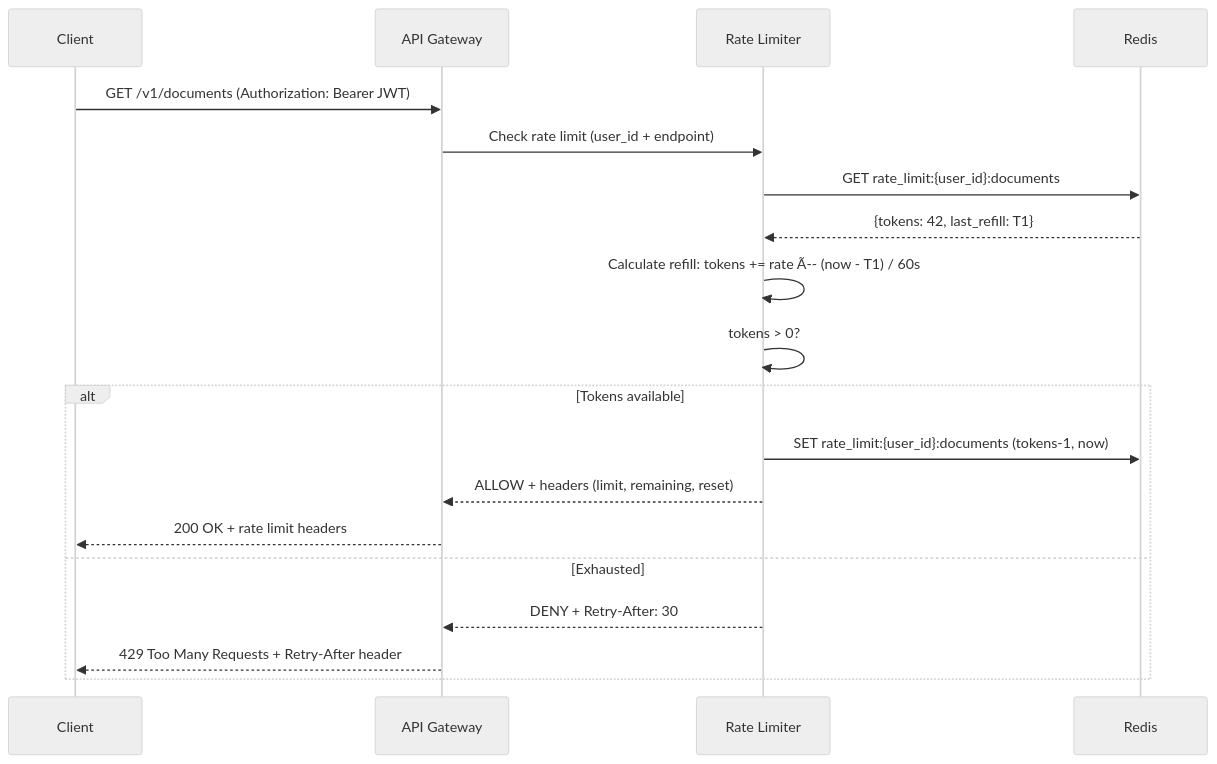
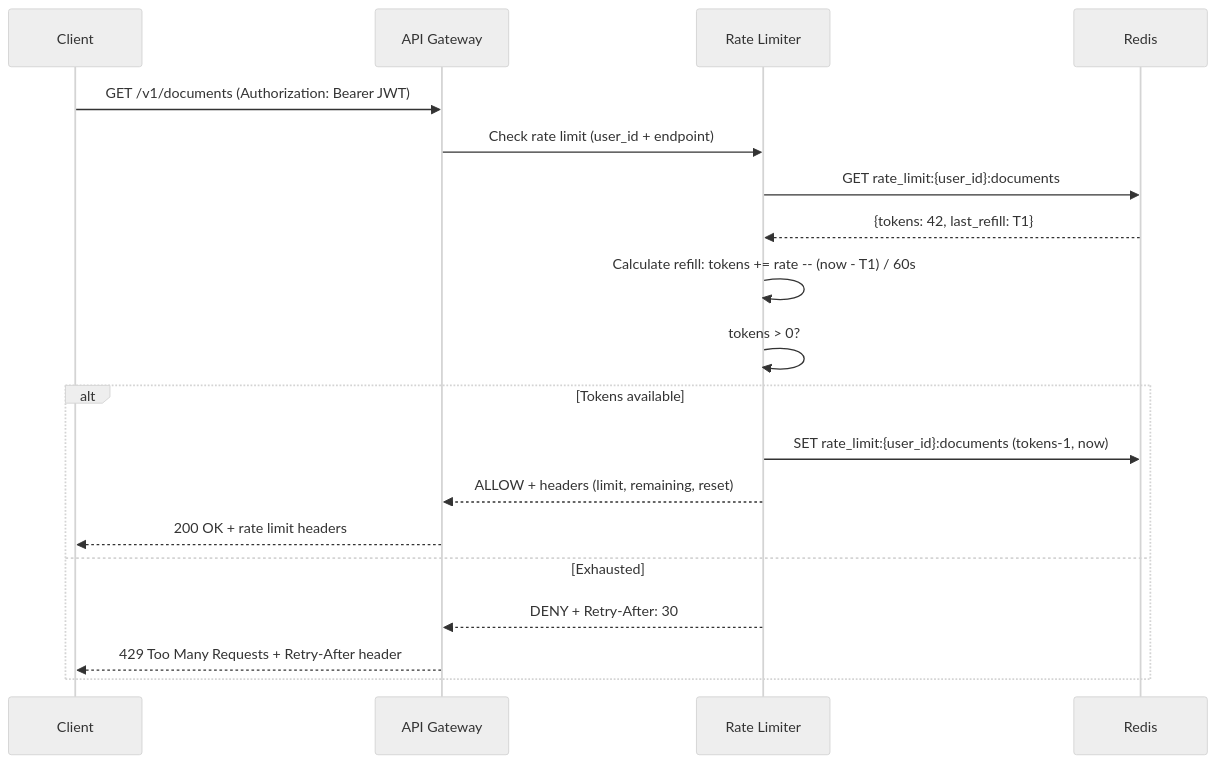
Before and after one commit to Driftloom/Vaeloom: the second of 2 diagrams in docs/backend/Rate-Limiting.md, drawn with Mermaid (neutral theme). The commit also changed other lines of this file and 694 other files, not shown here.

First line of the commit message:
docs: mermaid standardization — encoding/mermaid/duplicate cleanup

````diff
--- a/docs/backend/Rate-Limiting.md
+++ b/docs/backend/Rate-Limiting.md
@@ -218,22 +218,22 @@
 ```mermaid
 sequenceDiagram
-    participant C as Client
-    participant GW as API Gateway
-    participant RL as Rate Limiter
-    participant R as Redis
+ participant C as Client
+ participant GW as API Gateway
+ participant RL as Rate Limiter
+ participant R as Redis
 
-    C->>GW: GET /v1/documents (Authorization: Bearer JWT)
-    GW->>RL: Check rate limit (user_id + endpoint)
-    RL->>R: GET rate_limit:{user_id}:documents
-    R-->>RL: {tokens: 42, last_refill: T1}
-    RL->>RL: Calculate refill: tokens += rate Ã-- (now - T1) / 60s
-    RL->>RL: tokens > 0?
-    alt Tokens available
-        RL->>R: SET rate_limit:{user_id}:documents (tokens-1, now)
-        RL-->>GW: ALLOW + headers (limit, remaining, reset)
-        GW-->>C: 200 OK + rate limit headers
-    else Exhausted
-        RL-->>GW: DENY + Retry-After: 30
-        GW-->>C: 429 Too Many Requests + Retry-After header
-    end
+ C->>GW: GET /v1/documents (Authorization: Bearer JWT)
+ GW->>RL: Check rate limit (user_id + endpoint)
+ RL->>R: GET rate_limit:{user_id}:documents
+ R-->>RL: {tokens: 42, last_refill: T1}
+ RL->>RL: Calculate refill: tokens += rate -- (now - T1) / 60s
+ RL->>RL: tokens > 0?
+ alt Tokens available
+ RL->>R: SET rate_limit:{user_id}:documents (tokens-1, now)
+ RL-->>GW: ALLOW + headers (limit, remaining, reset)
+ GW-->>C: 200 OK + rate limit headers
+ else Exhausted
+ RL-->>GW: DENY + Retry-After: 30
+ GW-->>C: 429 Too Many Requests + Retry-After header
+ end
 ```
````
